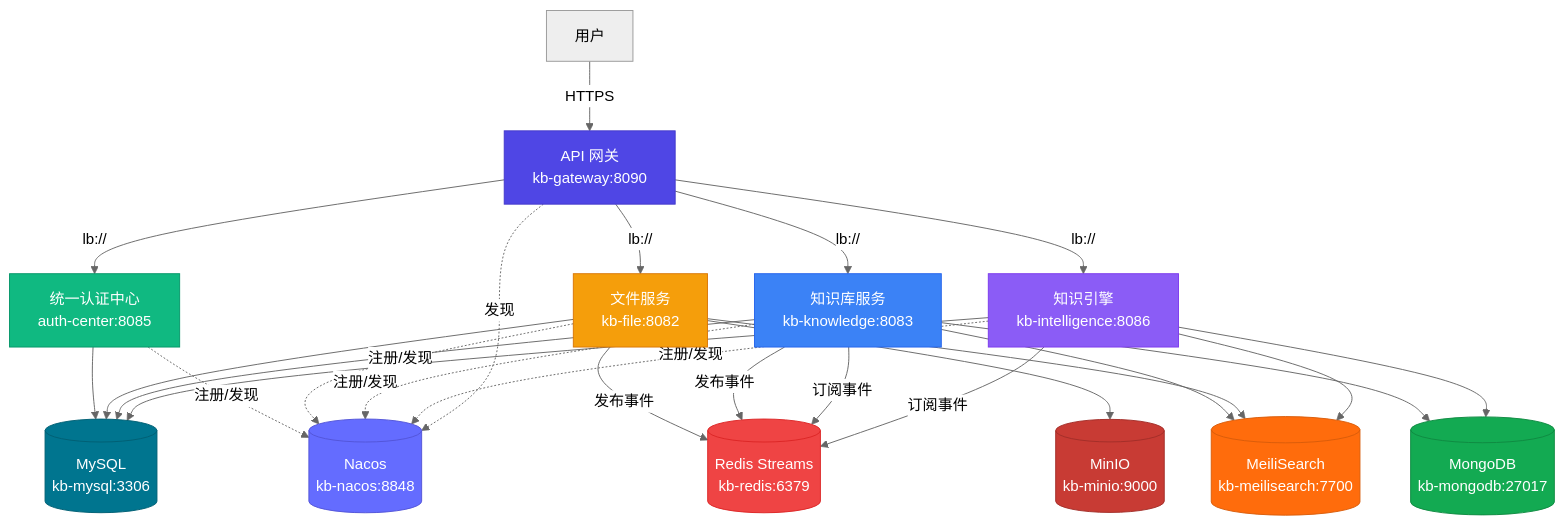
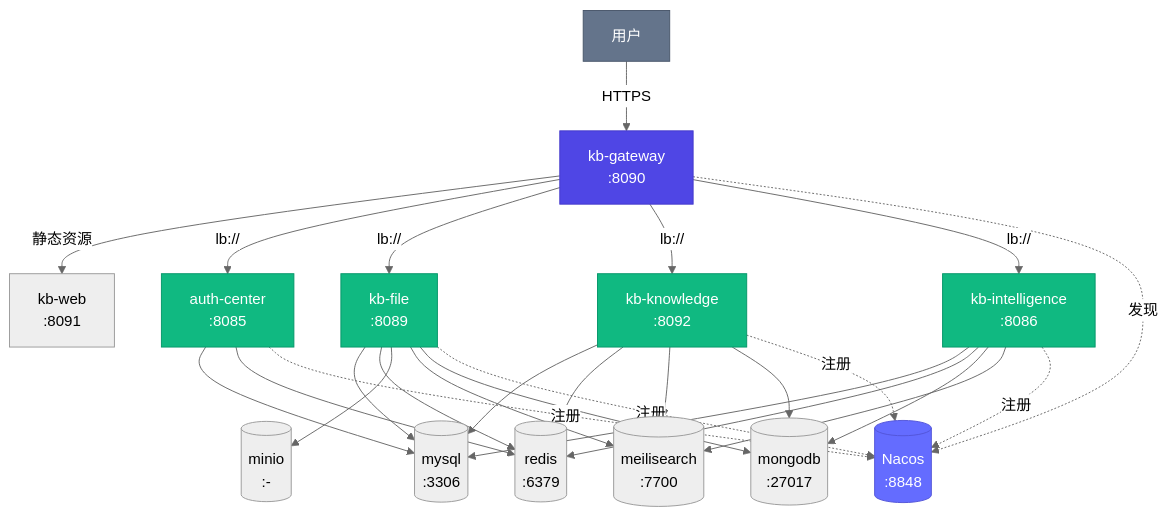
One commit to jonesAriven/devtools changed the diagram in mykng/docs/generated/模块契约文档.md. Above: the diagram before and after it, drawn with Mermaid (neutral theme). The commit also changed other lines of this file and 19 other files, not shown here.

````diff
--- a/mykng/docs/generated/模块契约文档.md
+++ b/mykng/docs/generated/模块契约文档.md
@@ -342,55 +141,54 @@
 ```mermaid
 graph TD
 
-    %% ===== 用户端 ===== %%
-    User[用户] -->|HTTPS| Gateway[API 网关<br/>kb-gateway:8090]
+    %% ===== 入口层 =====
+    KbWeb[kb-web<br/>:8091]
+    User[用户] -->|HTTPS| Gateway[kb-gateway<br/>:8090]
+    Gateway -->|静态资源| KbWeb
 
-    %% ===== 网关层 ===== %%
-    Gateway -->|lb://| Auth[统一认证中心<br/>auth-center:8085]
-    Gateway -->|lb://| File[文件服务<br/>kb-file:8082]
-    Gateway -->|lb://| Knowledge[知识库服务<br/>kb-knowledge:8083]
-    Gateway -->|lb://| Intelligence[知识引擎<br/>kb-intelligence:8086]
+    %% ===== 期望探针集（nacos-registered: true）=====
+    Gateway -->|lb://| AuthCenter[auth-center<br/>:8085]
+    Gateway -->|lb://| KbFile[kb-file<br/>:8089]
+    Gateway -->|lb://| KbKnowledge[kb-knowledge<br/>:8092]
+    Gateway -->|lb://| KbIntelligence[kb-intelligence<br/>:8086]
 
-    %% ===== 服务间事件总线 ===== %%
-    File -->|发布事件| Redis[(Redis Streams<br/>kb-redis:6379)]
-    Knowledge -->|发布事件| Redis
-    Knowledge -->|订阅事件| Redis
-    Intelligence -->|订阅事件| Redis
+    Mysql[(mysql<br/>:3306)]
+    Redis[(redis<br/>:6379)]
+    Minio[(minio<br/>:-)]
+    Meilisearch[(meilisearch<br/>:7700)]
+    Mongodb[(mongodb<br/>:27017)]
 
-    %% ===== 基础设施 ===== %%
-    Auth --> MySQL[(MySQL<br/>kb-mysql:3306)]
-    File --> MySQL
-    Knowledge --> MySQL
-    Intelligence --> MySQL
+    AuthCenter --> Mysql
+    AuthCenter --> Redis
+    KbFile --> Mysql
+    KbFile --> Redis
+    KbFile --> Minio
+    KbFile --> Meilisearch
+    KbFile --> Mongodb
+    KbKnowledge --> Mysql
+    KbKnowledge --> Redis
+    KbKnowledge --> Meilisearch
+    KbKnowledge --> Mongodb
+    KbIntelligence --> Mysql
+    KbIntelligence --> Redis
+    KbIntelligence --> Mongodb
+    KbIntelligence --> Meilisearch
 
-    File --> MinIO[(MinIO<br/>kb-minio:9000)]
-
-    Knowledge --> Meili[(MeiliSearch<br/>kb-meilisearch:7700)]
-    File --> Meili
-    Intelligence --> Meili
-
-    Knowledge --> MongoDB[(MongoDB<br/>kb-mongodb:27017)]
-    Intelligence --> MongoDB
-
-    %% ===== 服务发现 ===== %%
-    Nacos[(Nacos<br/>kb-nacos:8848)]
-    Auth -.注册/发现.-> Nacos
-    File -.注册/发现.-> Nacos
-    Knowledge -.注册/发现.-> Nacos
-    Intelligence -.注册/发现.-> Nacos
+    %% ===== 服务发现 =====
+    Nacos[(Nacos<br/>:8848)]
+    AuthCenter -.注册.-> Nacos
+    KbFile -.注册.-> Nacos
+    KbKnowledge -.注册.-> Nacos
+    KbIntelligence -.注册.-> Nacos
     Gateway -.发现.-> Nacos
 
-    %% ===== 样式 ===== %%
+    %% ===== 样式 =====
     style Gateway fill:#4f46e5,color:#fff,stroke:#4338ca
-    style Auth fill:#10b981,color:#fff,stroke:#059669
-    style File fill:#f59e0b,color:#fff,stroke:#d97706
-    style Knowledge fill:#3b82f6,color:#fff,stroke:#2563eb
-    style Intelligence fill:#8b5cf6,color:#fff,stroke:#7c3aed
-    style Redis fill:#ef4444,color:#fff,stroke:#dc2626
-    style MySQL fill:#00758f,color:#fff,stroke:#005f74
-    style MinIO fill:#c83b34,color:#fff,stroke:#a32e29
-    style Meili fill:#ff6c0c,color:#fff,stroke:#d95c0a
-    style MongoDB fill:#13aa52,color:#fff,stroke:#0f8a42
+    style User fill:#64748b,color:#fff,stroke:#475569
     style Nacos fill:#646cff,color:#fff,stroke:#5355d8
+    style AuthCenter fill:#10b981,color:#fff,stroke:#059669
+    style KbFile fill:#10b981,color:#fff,stroke:#059669
+    style KbKnowledge fill:#10b981,color:#fff,stroke:#059669
+    style KbIntelligence fill:#10b981,color:#fff,stroke:#059669
 
 ```
````
